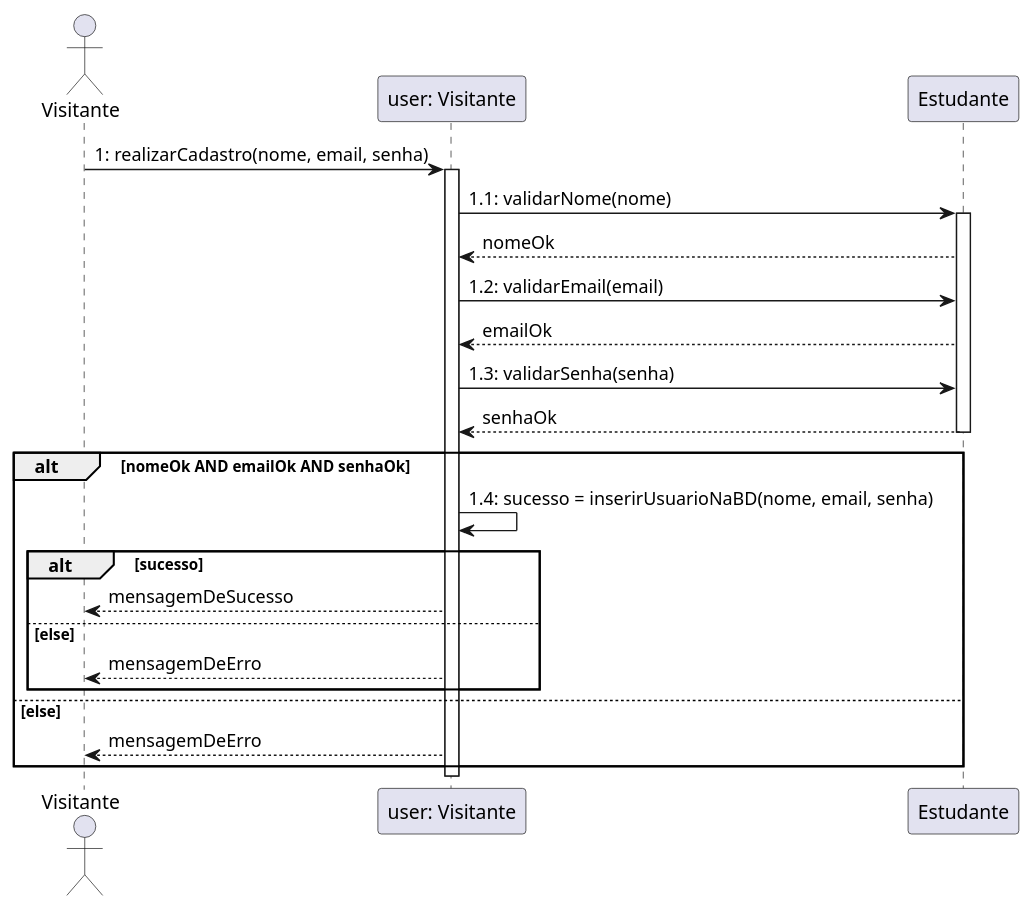
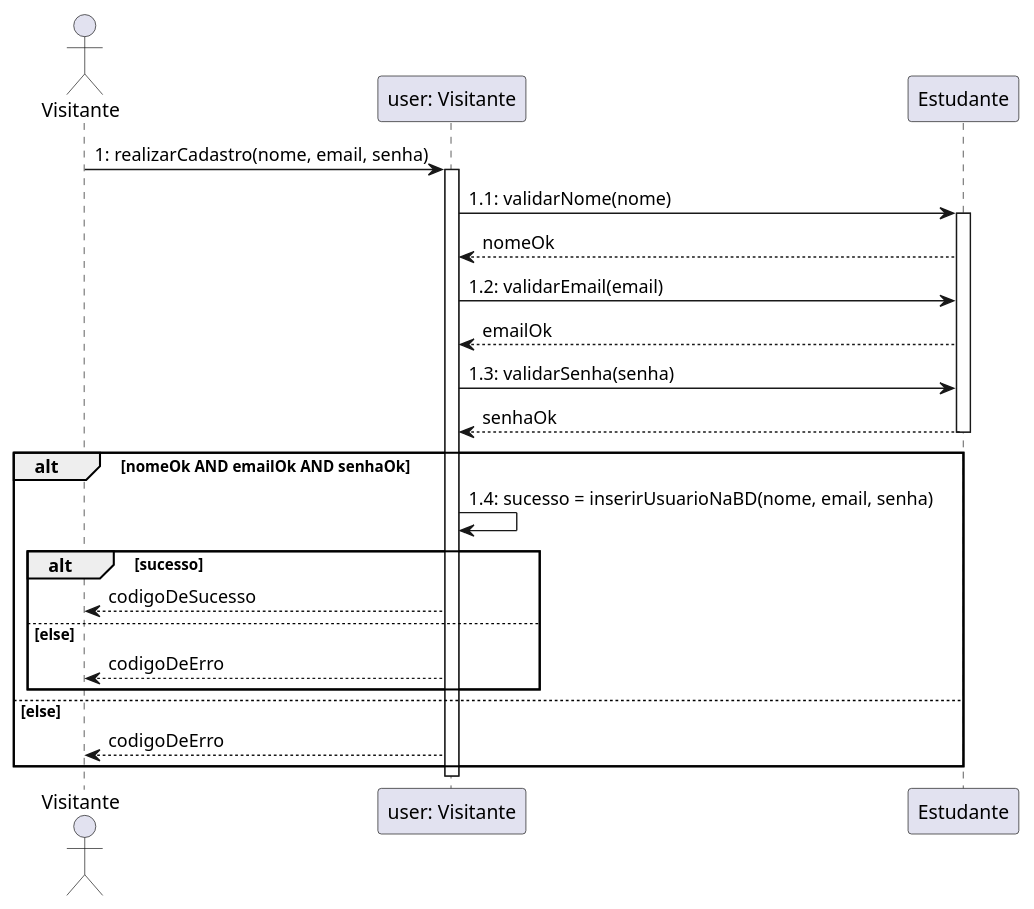
Before and after one commit to lucasg-mm/ensinet: the diagram in diagramas_interacao/diagramas_sequencia/realizar_cadastro.plantuml, drawn with PlantUML. The commit also changed 3 other files, not shown here.

```diff
--- a/diagramas_interacao/diagramas_sequencia/realizar_cadastro.plantuml
+++ b/diagramas_interacao/diagramas_sequencia/realizar_cadastro.plantuml
@@ -1,28 +1,28 @@
 @startuml realizar_cadastro
 actor Visitante
 
 Visitante->"user: Visitante": 1: realizarCadastro(nome, email, senha)
 Activate "user: Visitante"
 "user: Visitante"->"Estudante": 1.1: validarNome(nome)
 Activate "Estudante"
 "Estudante"-->"user: Visitante": nomeOk
 
 "user: Visitante"->"Estudante": 1.2: validarEmail(email)
 "Estudante"-->"user: Visitante": emailOk
 
 "user: Visitante"->"Estudante": 1.3: validarSenha(senha)
 "Estudante"-->"user: Visitante": senhaOk
 Deactivate "Estudante"
 alt nomeOk AND emailOk AND senhaOk
 "user: Visitante"->"user: Visitante": 1.4: sucesso = inserirUsuarioNaBD(nome, email, senha)
 alt sucesso
-"user: Visitante"-->Visitante: mensagemDeSucesso
+"user: Visitante"-->Visitante: codigoDeSucesso
 else else
-"user: Visitante"-->Visitante: mensagemDeErro
+"user: Visitante"-->Visitante: codigoDeErro
 end
 else else
-"user: Visitante"-->Visitante: mensagemDeErro
+"user: Visitante"-->Visitante: codigoDeErro
 end
 deactivate "user: Visitante"
 
 @enduml
```
